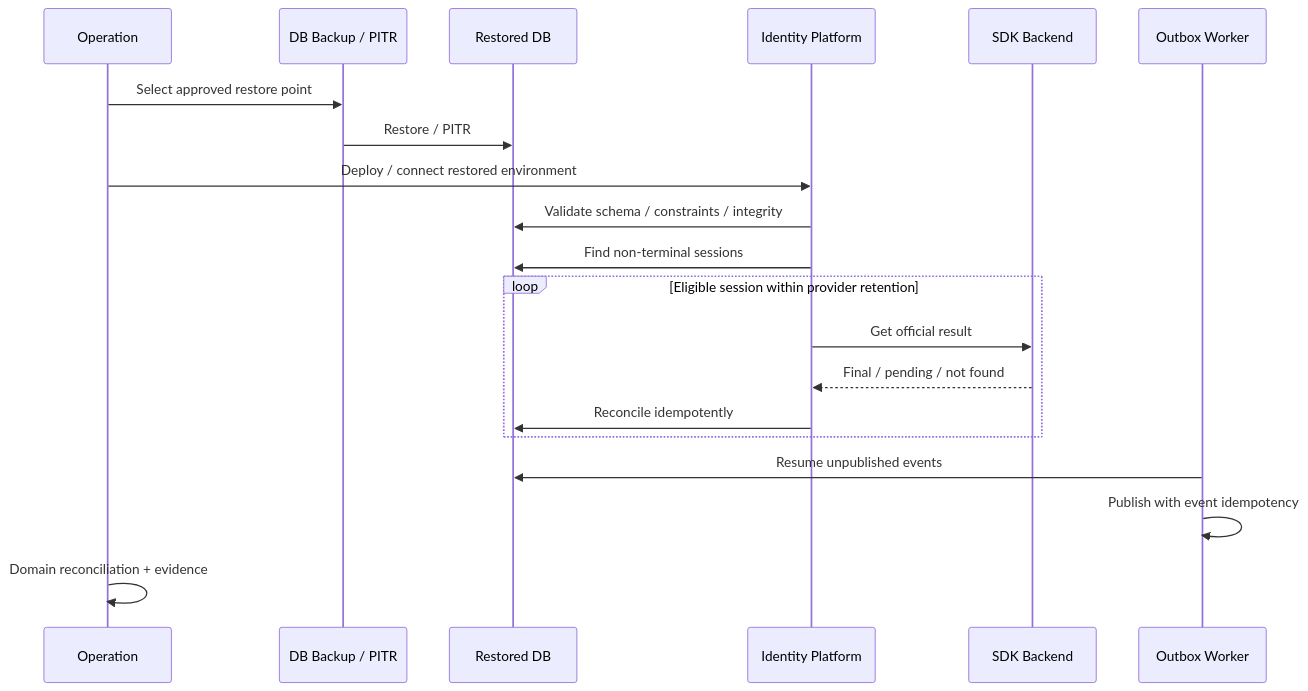
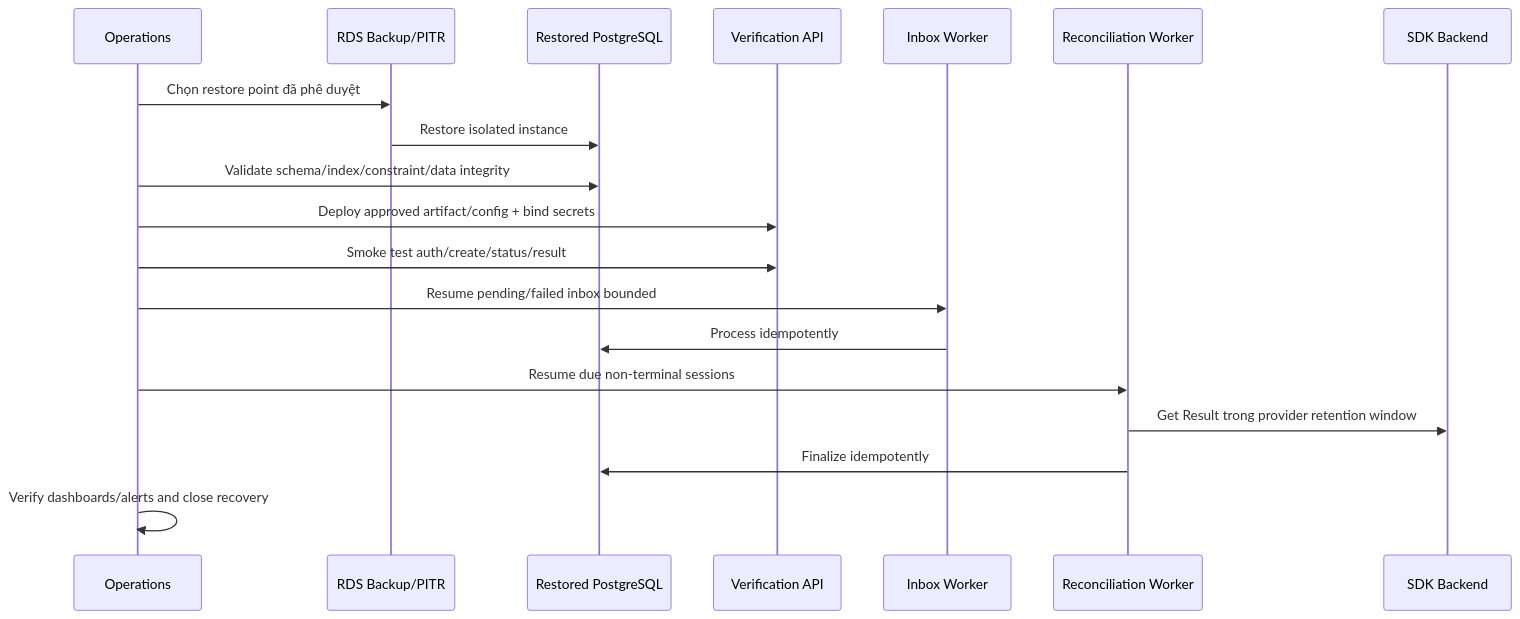
One commit to huynv-xyz/vhm changed diagram 24 of 24 in tdd2.md. Above: the diagram before and after it, drawn with Mermaid. The commit also changed other lines of this file, not shown here.

````diff
--- a/tdd2.md
+++ b/tdd2.md
@@ -2304,22 +2261,21 @@
 ```mermaid
 sequenceDiagram
-    participant Operation
-    participant BACKUP as DB Backup / PITR
-    participant DB as Restored DB
-    participant IV as Identity Platform
-    participant PROVIDER as SDK Backend
-    participant OUTBOX as Outbox Worker
-    Operation->>BACKUP: Select approved restore point
-    BACKUP->>DB: Restore / PITR
-    Operation->>IV: Deploy / connect restored environment
-    IV->>DB: Validate schema / constraints / integrity
-    IV->>DB: Find non-terminal sessions
-    loop Eligible session within provider retention
-        IV->>PROVIDER: Get official result
-        PROVIDER-->>IV: Final / pending / not found
-        IV->>DB: Reconcile idempotently
-    end
-    OUTBOX->>DB: Resume unpublished events
-    OUTBOX->>OUTBOX: Publish with event idempotency
-    Operation->>Operation: Domain reconciliation + evidence
+    participant OPS as Operations
+    participant RDS as RDS Backup/PITR
+    participant DB as Restored PostgreSQL
+    participant API as Verification API
+    participant INBOX as Inbox Worker
+    participant RECON as Reconciliation Worker
+    participant BACKEND as SDK Backend
+    OPS->>RDS: Chọn restore point đã phê duyệt
+    RDS->>DB: Restore isolated instance
+    OPS->>DB: Validate schema/index/constraint/data integrity
+    OPS->>API: Deploy approved artifact/config + bind secrets
+    OPS->>API: Smoke test auth/create/status/result
+    OPS->>INBOX: Resume pending/failed inbox bounded
+    INBOX->>DB: Process idempotently
+    OPS->>RECON: Resume due non-terminal sessions
+    RECON->>BACKEND: Get Result trong provider retention window
+    RECON->>DB: Finalize idempotently
+    OPS->>OPS: Verify dashboards/alerts and close recovery
 ```
````
